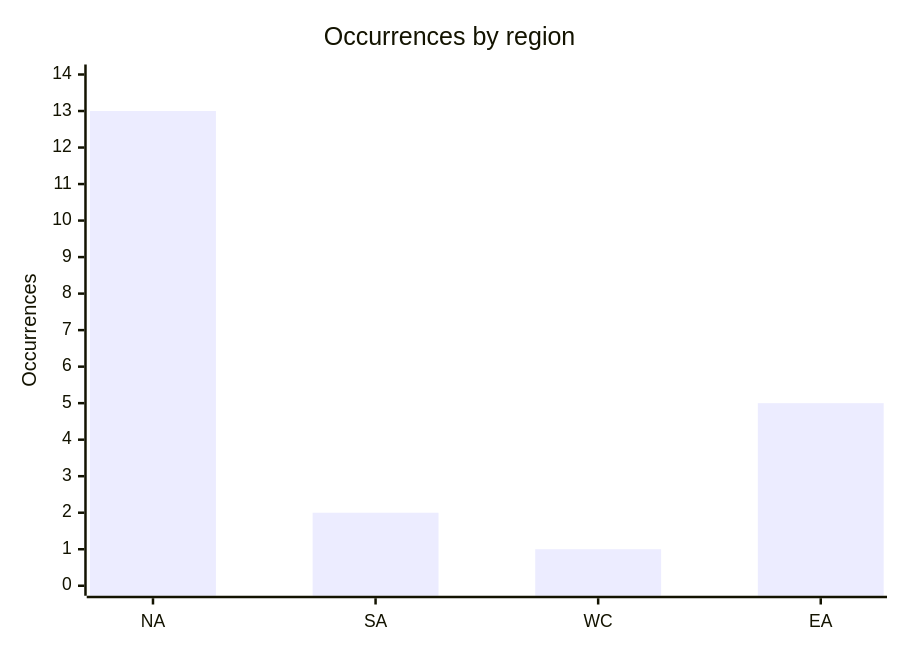
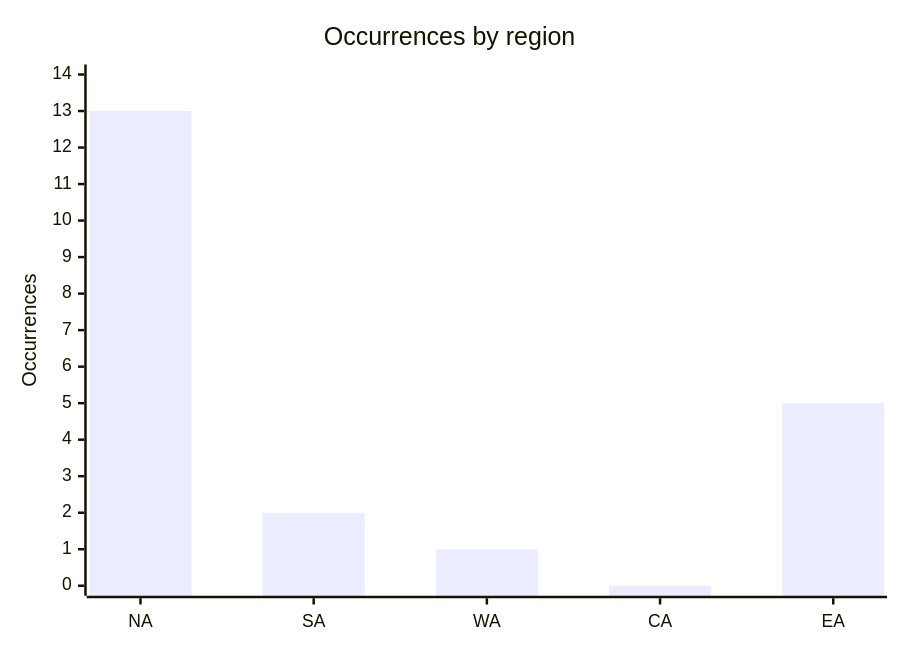
The fourth of 6 diagrams in CyberAttackAfrica/2025/07-july/README.md (Hatchepsoute/AFRINTEL), drawn with Mermaid before and after one commit. The commit also changed other lines of this file and 109 other files, not shown here.

````diff
--- a/CyberAttackAfrica/2025/07-july/README.md
+++ b/CyberAttackAfrica/2025/07-july/README.md
@@ -160,7 +161,7 @@
 ```mermaid
 xychart
     title "Occurrences by region"
-    x-axis ["NA","SA","WC","EA"]
+    x-axis ["NA","SA","WA","CA","EA"]
     y-axis "Occurrences" 0 --> 14
-    bar [13,2,1,5]
+    bar [13,2,1,0,5]
 ```
````
